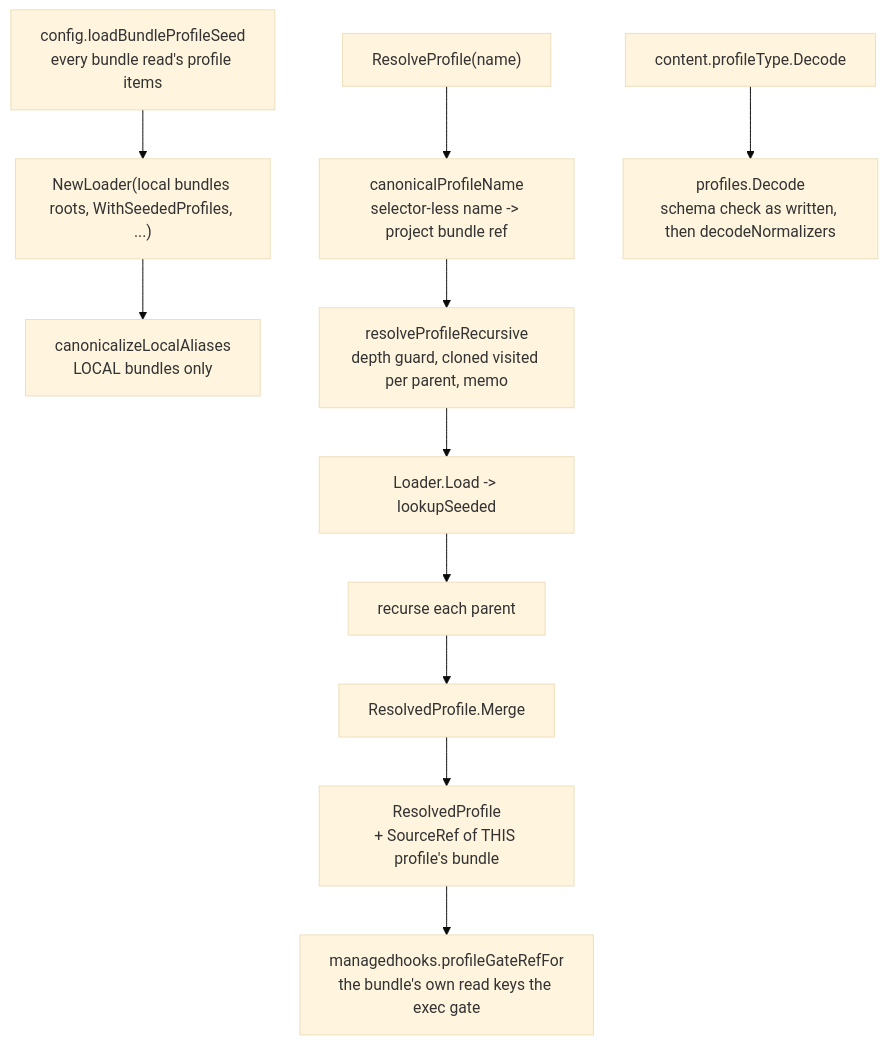
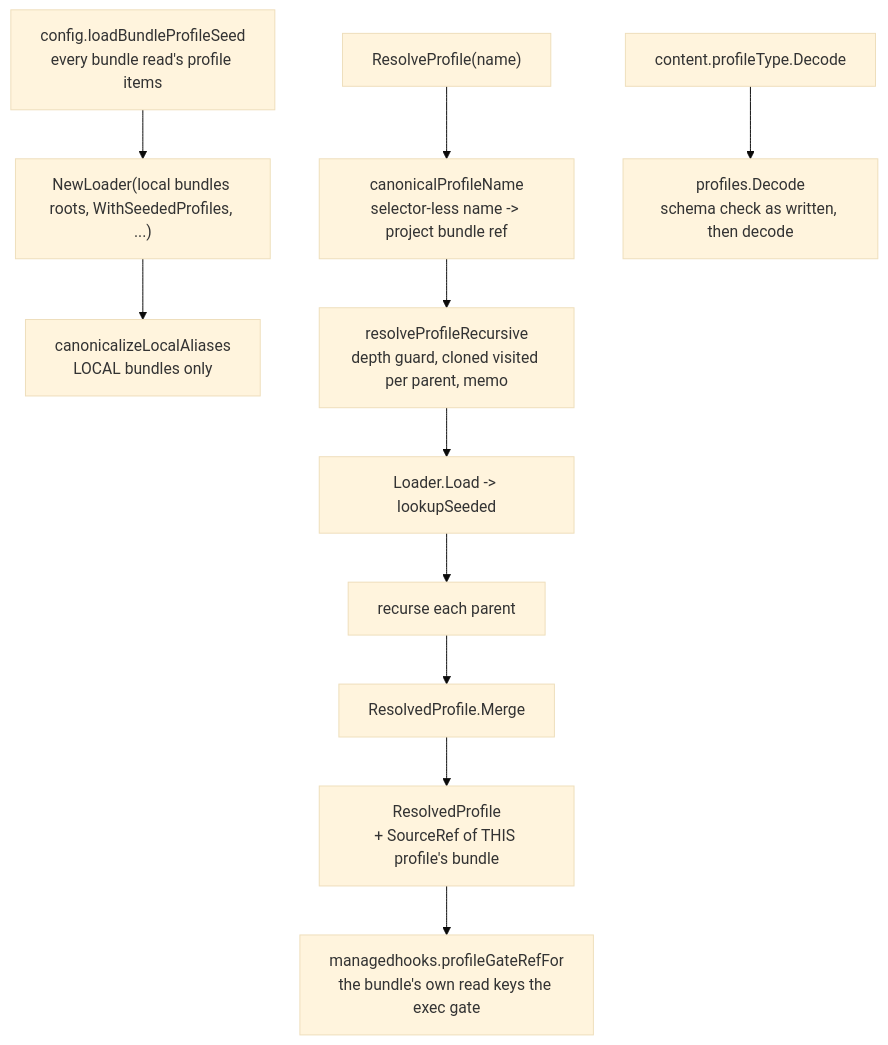
One commit to ctxloom/ctxloom changed the diagram in docs/architecture/core/profiles.md. Above: the diagram before and after it, drawn with Mermaid (base theme). The commit also changed other lines of this file and 62 other files, not shown here.

````diff
--- a/docs/architecture/core/profiles.md
+++ b/docs/architecture/core/profiles.md
@@ -44,14 +41,14 @@
 ```mermaid
 flowchart TD
     SEED["config.loadBundleProfileSeed<br/>every bundle read's profile items"] --> NEW["NewLoader(local bundles roots, WithSeededProfiles, ...)"]
     NEW --> ALIAS["canonicalizeLocalAliases<br/>LOCAL bundles only"]
     CALL["ResolveProfile(name)"] --> CAN["canonicalProfileName<br/>selector-less name -> project bundle ref"]
     CAN --> REC["resolveProfileRecursive<br/>depth guard, cloned visited per parent, memo"]
     REC --> LOAD["Loader.Load -> lookupSeeded"]
     LOAD --> PAR["recurse each parent"]
     PAR --> MERGE["ResolvedProfile.Merge"]
     MERGE --> OUT["ResolvedProfile<br/>+ SourceRef of THIS profile's bundle"]
     OUT --> GATE["managedhooks.profileGateRefFor<br/>the bundle's own read keys the exec gate"]
 
-    ITEM["content.profileType.Decode"] --> DEC["profiles.Decode<br/>schema check as written, then decodeNormalizers"]
+    ITEM["content.profileType.Decode"] --> DEC["profiles.Decode<br/>schema check as written, then decode"]
 ```
````
